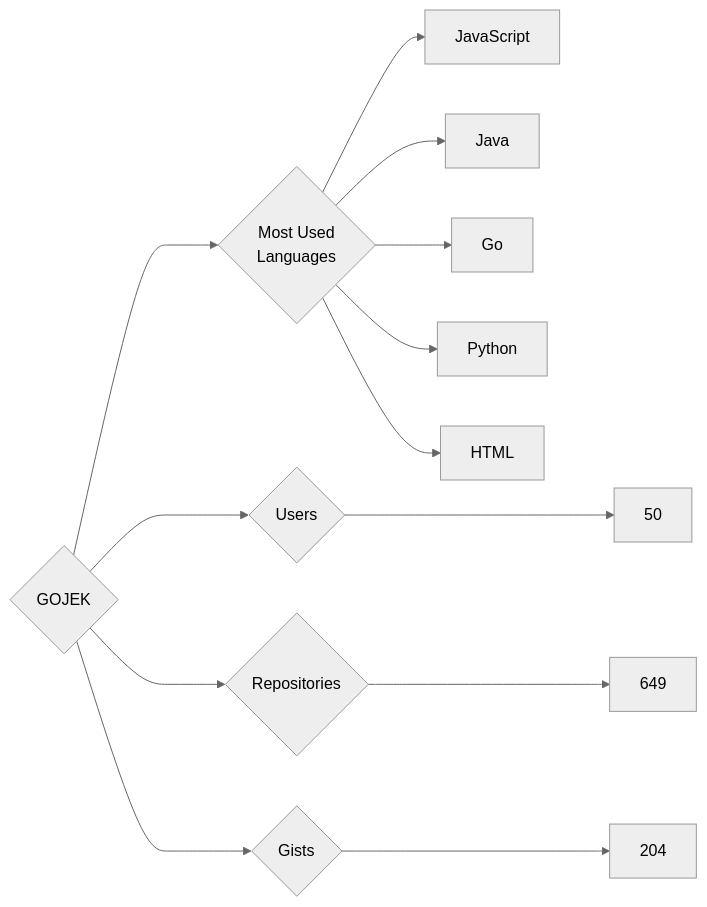
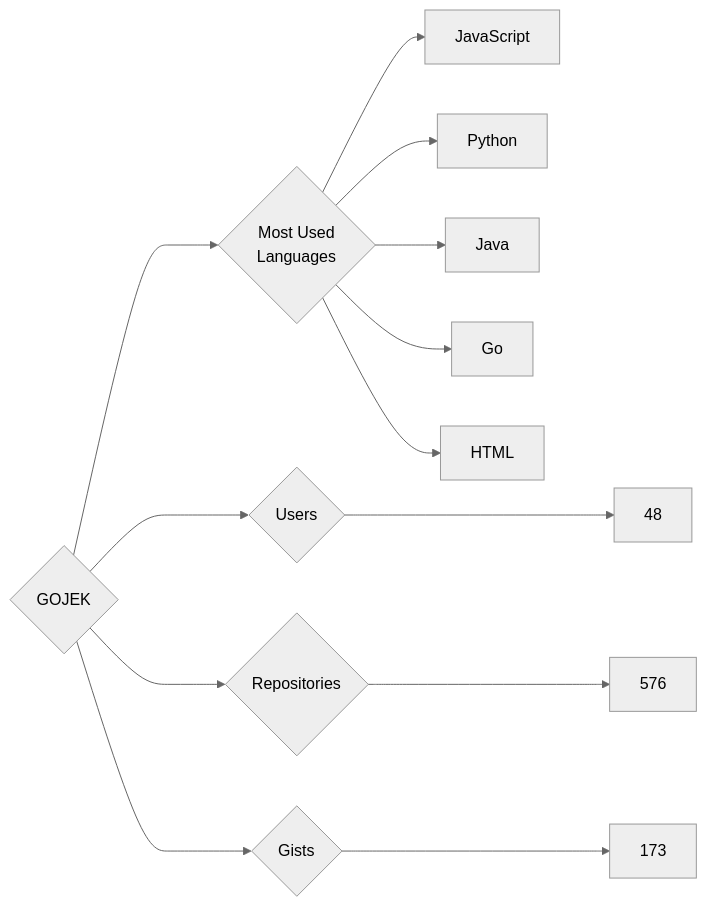
Before and after one commit to trickest/insiders: the diagram in targets/GOJEK/README.md, drawn with Mermaid (neutral theme). The commit also changed 721 other files, not shown here.

````diff
--- a/targets/GOJEK/README.md
+++ b/targets/GOJEK/README.md
@@ -3,13 +3,13 @@
 ```mermaid
 graph LR
 COMPANY_NAME{GOJEK}
-COMPANY_NAME ---> U{Users} ---> UN[50]
-COMPANY_NAME ---> R{Repositories} ---> RN[649]
-COMPANY_NAME ---> G{Gists} ---> GN[204]
+COMPANY_NAME ---> U{Users} ---> UN[48]
+COMPANY_NAME ---> R{Repositories} ---> RN[576]
+COMPANY_NAME ---> G{Gists} ---> GN[173]
 COMPANY_NAME ---> ML{Most Used<br>Languages}
 ML --> JavaScript[JavaScript]
+ML --> Python[Python]
 ML --> Java[Java]
 ML --> Go[Go]
-ML --> Python[Python]
 ML --> HTML[HTML]
 ```
````
